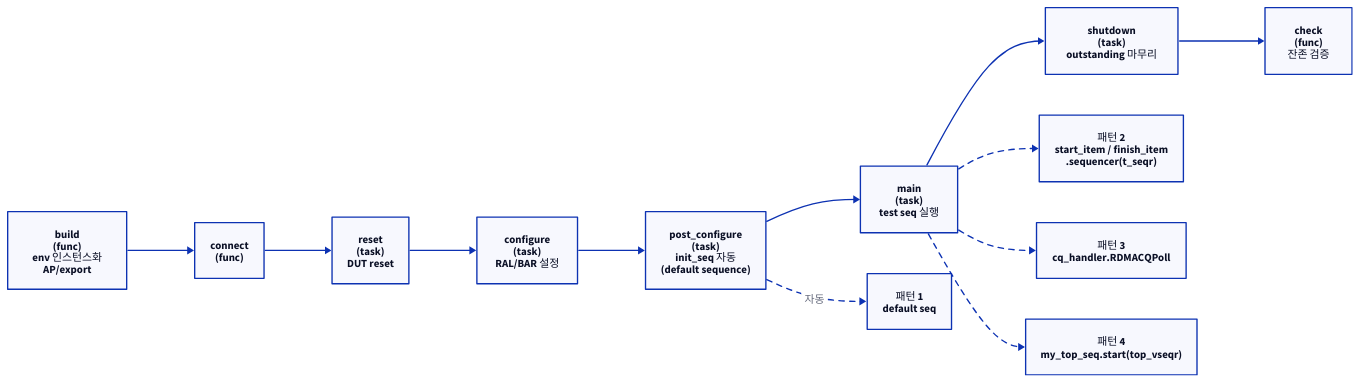
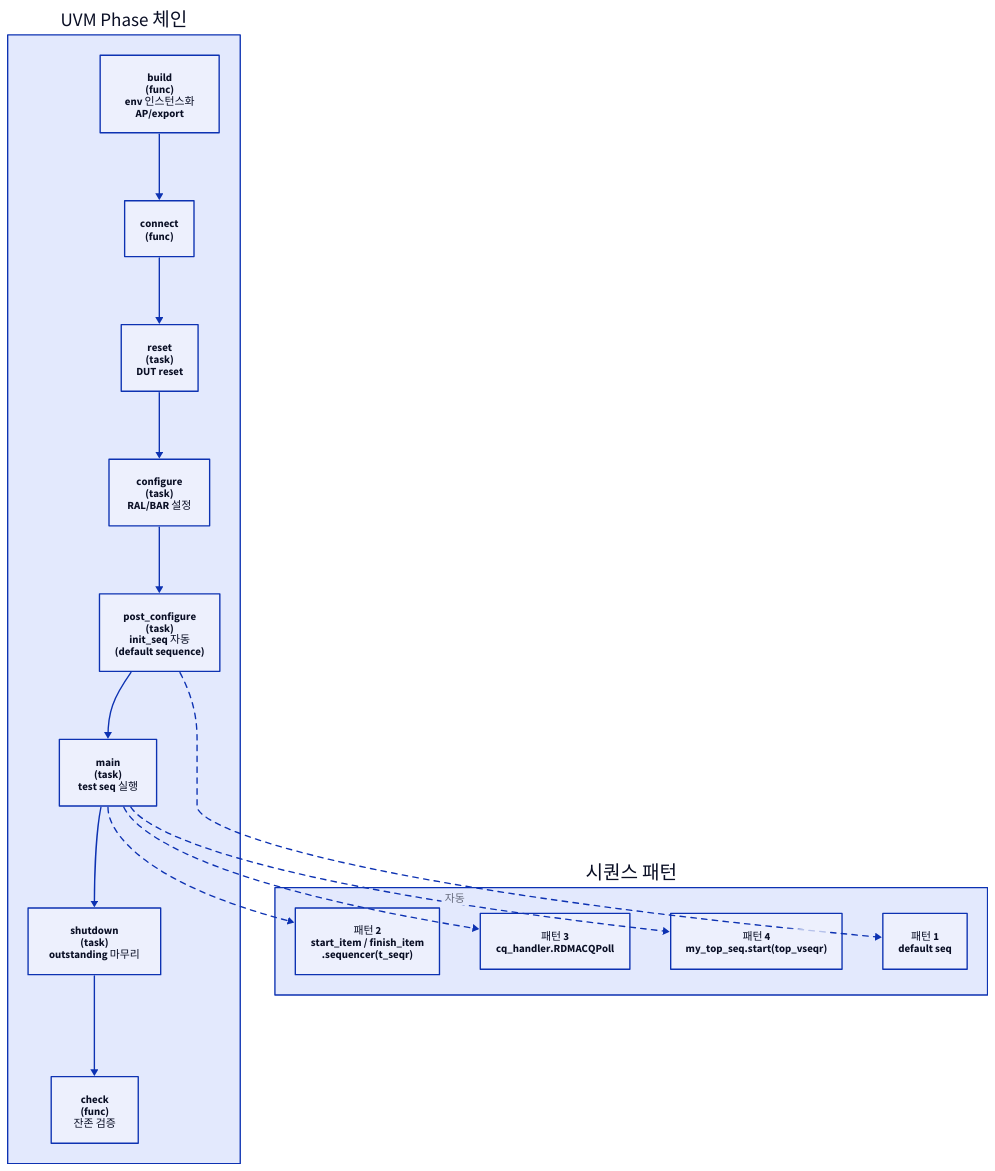
The first of 3 diagrams in topics/rdma_verification/docs/03_phase_test_flow.md (humbleowl39/DV_SKOOL), drawn with D2 before and after one commit. The commit also changed 90 other files, not shown here.

First line of the commit message:
docs: 전 토픽 다이어그램 정비 — ASCII→D2, mermaid→D2, 과대 D2 가시성 수정

````diff
--- a/topics/rdma_verification/docs/03_phase_test_flow.md
+++ b/topics/rdma_verification/docs/03_phase_test_flow.md
@@ -75,27 +75,35 @@
 ```d2
-direction: right
+direction: down
 
-B: "build\n(func)\nenv 인스턴스화\nAP/export"
-C: "connect\n(func)"
-R: "reset\n(task)\nDUT reset"
-CFG: "configure\n(task)\nRAL/BAR 설정"
-PC: "post_configure\n(task)\ninit_seq 자동\n(default sequence)"
-M: "main\n(task)\ntest seq 실행"
-SD: "shutdown\n(task)\noutstanding 마무리"
-CK: "check\n(func)\n잔존 검증"
-B -> C
-C -> R
-R -> CFG
-CFG -> PC
-PC -> M
-M -> SD
-SD -> CK
-P1: "패턴 1\ndefault seq"
-P2: "패턴 2\nstart_item / finish_item\n.sequencer(t_seqr)"
-P3: "패턴 3\ncq_handler.RDMACQPoll"
-P4: "패턴 4\nmy_top_seq.start(top_vseqr)"
-PC -> P1: "자동" { style.stroke-dash: 4 }
-M -> P2 { style.stroke-dash: 4 }
-M -> P3 { style.stroke-dash: 4 }
-M -> P4 { style.stroke-dash: 4 }
+PHASES: "UVM Phase 체인" {
+  direction: right
+  B: "build\n(func)\nenv 인스턴스화\nAP/export"
+  C: "connect\n(func)"
+  R: "reset\n(task)\nDUT reset"
+  CFG: "configure\n(task)\nRAL/BAR 설정"
+  PC: "post_configure\n(task)\ninit_seq 자동\n(default sequence)"
+  M: "main\n(task)\ntest seq 실행"
+  SD: "shutdown\n(task)\noutstanding 마무리"
+  CK: "check\n(func)\n잔존 검증"
+  B -> C
+  C -> R
+  R -> CFG
+  CFG -> PC
+  PC -> M
+  M -> SD
+  SD -> CK
+}
+
+PATTERNS: "시퀀스 패턴" {
+  direction: right
+  P1: "패턴 1\ndefault seq"
+  P2: "패턴 2\nstart_item / finish_item\n.sequencer(t_seqr)"
+  P3: "패턴 3\ncq_handler.RDMACQPoll"
+  P4: "패턴 4\nmy_top_seq.start(top_vseqr)"
+}
+
+PHASES.PC -> PATTERNS.P1: "자동" { style.stroke-dash: 4 }
+PHASES.M -> PATTERNS.P2 { style.stroke-dash: 4 }
+PHASES.M -> PATTERNS.P3 { style.stroke-dash: 4 }
+PHASES.M -> PATTERNS.P4 { style.stroke-dash: 4 }
 ```
````
